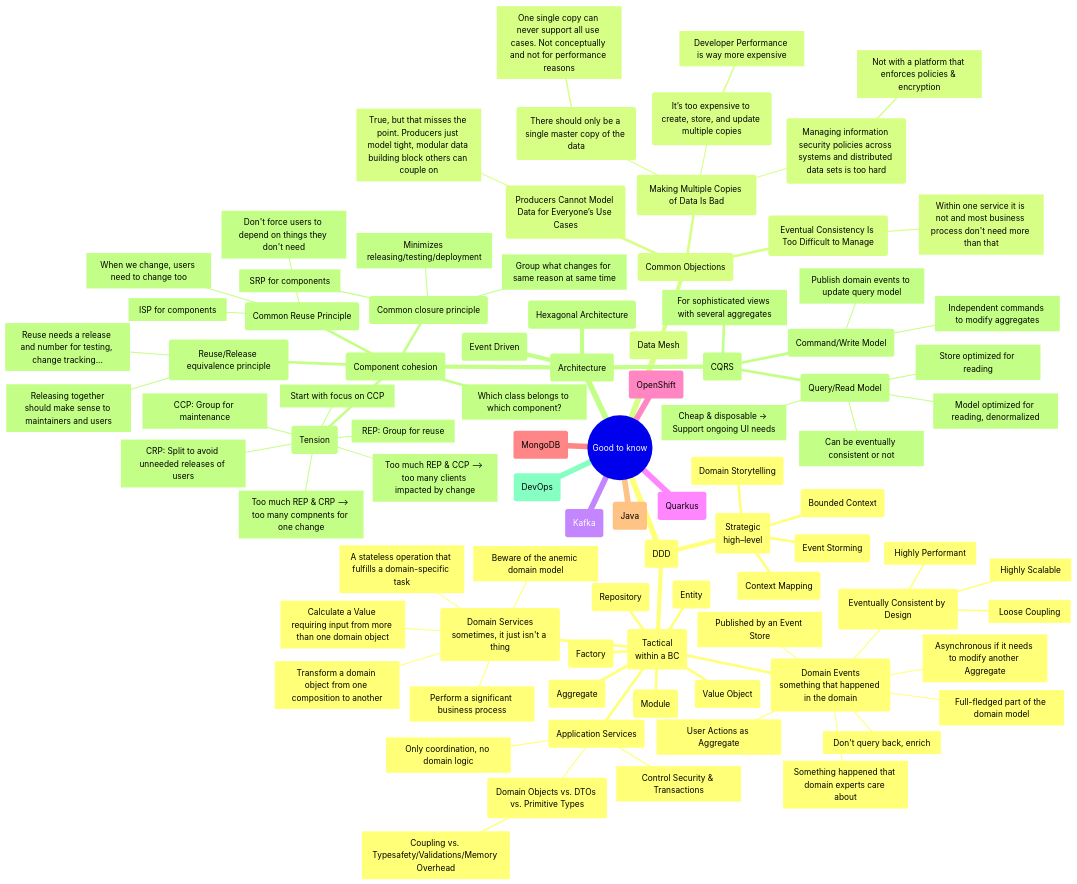
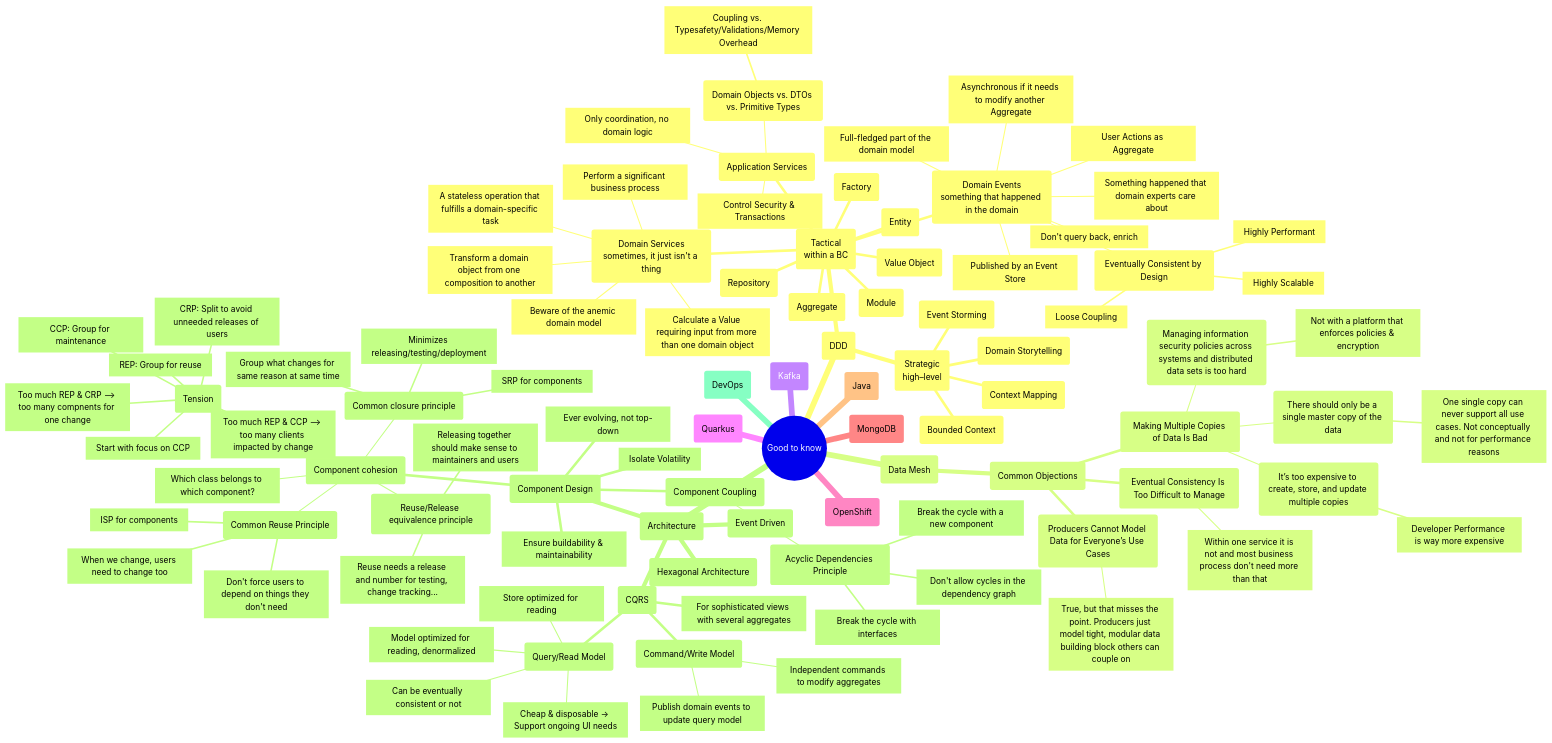
One commit to mhaspra/mindmaps changed the diagram in README.md. Above: the diagram before and after it, drawn with Mermaid.

````diff
--- a/README.md
+++ b/README.md
@@ -68,25 +68,34 @@
       [Cheap & disposable -> Support ongoing UI needs]
       [Can be eventually consistent or not]
     (Event Driven)
-    (Component cohesion)
-     [Which class belongs to which component?]
-     (Reuse/Release equivalence principle)
-      [Reuse needs a release and number for testing, change tracking...]
-      [Releasing together should make sense to maintainers and users]
-     (Common closure principle)
-      [Group what changes for same reason at same time]
-      [SRP for components]
-      [Minimizes releasing/testing/deployment]
-     (Common Reuse Principle)
-      [Don't force users to depend on things they don't need]
-      [When we change, users need to change too]
-      [ISP for components]
-     (Tension)
-      [REP: Group for reuse]
-      [CCP: Group for maintenance]
-      [CRP: Split to avoid unneeded releases of users]
-      [Too much REP & CCP –> too many clients impacted by change]
-      [Too much REP & CRP –> too many compnents for one change]
-      [Start with focus on CCP]
+    (Component Design)
+     [Ever evolving, not top-down]
+     [Isolate Volatility]
+     [Ensure buildability & maintainability]
+     (Component cohesion)
+      [Which class belongs to which component?]
+      (Reuse/Release equivalence principle)
+       [Reuse needs a release and number for testing, change tracking...]
+       [Releasing together should make sense to maintainers and users]
+      (Common closure principle)
+       [Group what changes for same reason at same time]
+       [SRP for components]
+       [Minimizes releasing/testing/deployment]
+      (Common Reuse Principle)
+       [Don't force users to depend on things they don't need]
+       [When we change, users need to change too]
+       [ISP for components]
+      (Tension)
+       [REP: Group for reuse]
+       [CCP: Group for maintenance]
+       [CRP: Split to avoid unneeded releases of users]
+       [Too much REP & CCP –> too many clients impacted by change]
+       [Too much REP & CRP –> too many compnents for one change]
+       [Start with focus on CCP]
+     (Component Coupling)
+      (Acyclic Dependencies Principle)
+       [Don't allow cycles in the dependency graph]
+       [Break the cycle with interfaces]
+       [Break the cycle with a new component]
    (DevOps)
 ```
````
